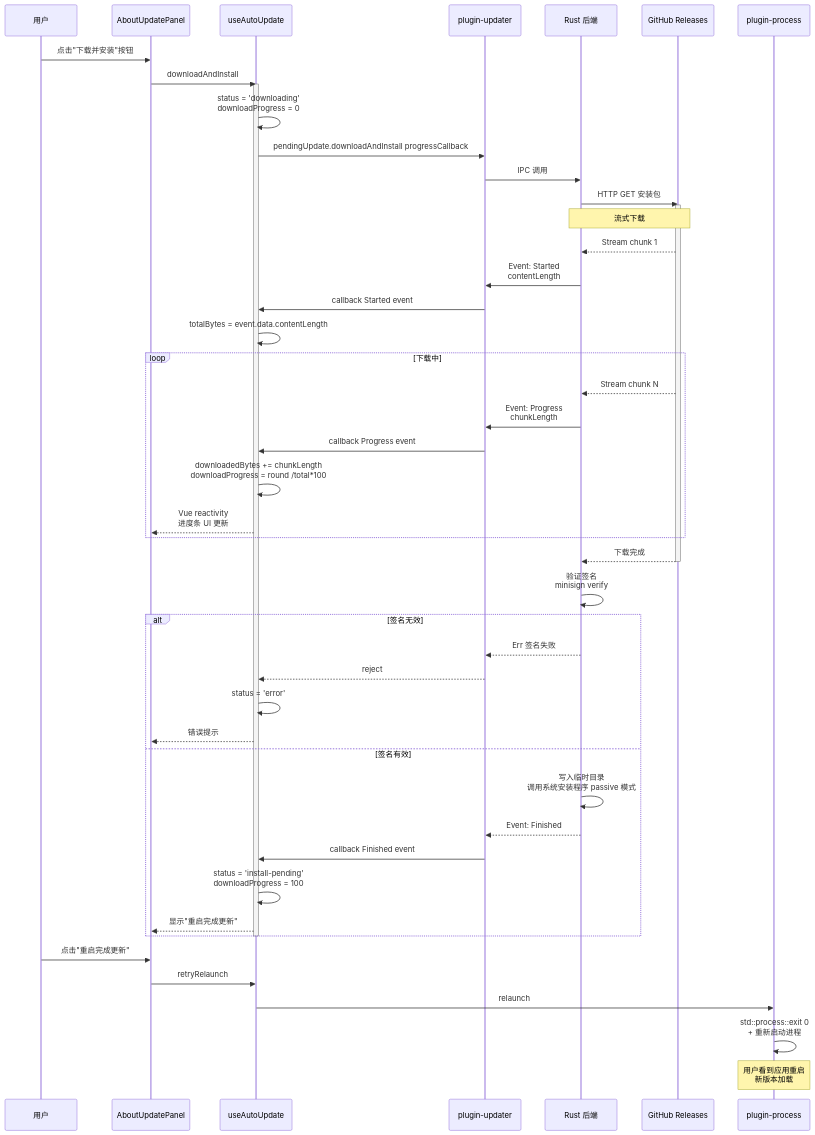
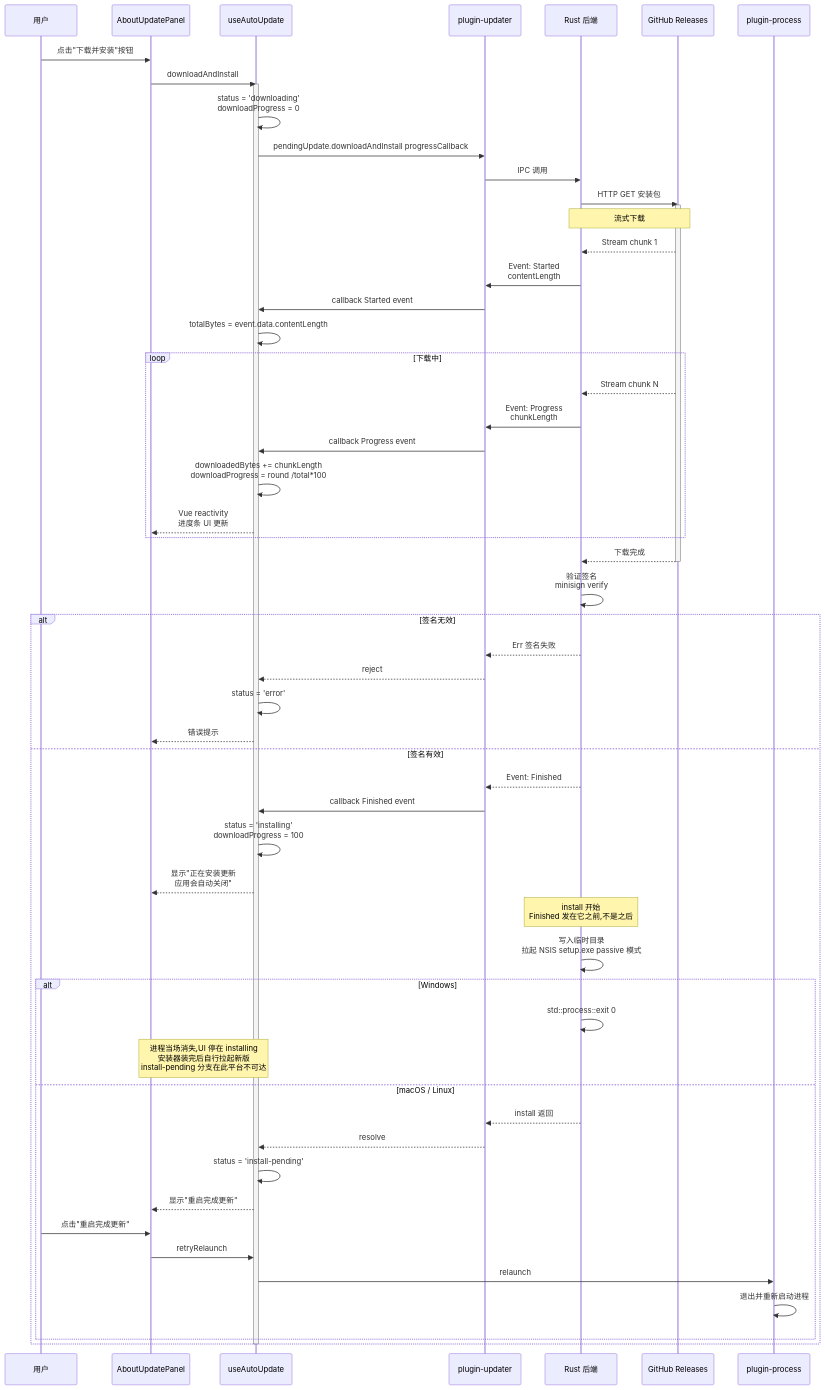
One commit to joeyliu6/PicNexus changed the second of 4 diagrams in docs/flows/auto-update-flow.md. Above: the diagram before and after it, drawn with Mermaid. The commit also changed other lines of this file and 1 other file, not shown here.

First line of the commit message:
docs(update): correct the install sequence and record the NSIS switch

````diff
--- a/docs/flows/auto-update-flow.md
+++ b/docs/flows/auto-update-flow.md
@@ -70,61 +71,71 @@
 ```mermaid
 sequenceDiagram
     participant U as 用户
     participant V as AboutUpdatePanel
     participant H as useAutoUpdate
     participant P as plugin-updater
     participant R as Rust 后端
     participant GH as GitHub Releases
     participant PR as plugin-process
 
     U->>V: 点击"下载并安装"按钮
     V->>H: downloadAndInstall
     activate H
 
     H->>H: status = 'downloading'<br/>downloadProgress = 0
 
     H->>P: pendingUpdate.downloadAndInstall progressCallback
     P->>R: IPC 调用
     R->>GH: HTTP GET 安装包
     activate GH
 
     Note over R,GH: 流式下载
 
     GH-->>R: Stream chunk 1
     R->>P: Event: Started<br/>contentLength
     P->>H: callback Started event
     H->>H: totalBytes = event.data.contentLength
 
     loop 下载中
         GH-->>R: Stream chunk N
         R->>P: Event: Progress<br/>chunkLength
         P->>H: callback Progress event
         H->>H: downloadedBytes += chunkLength<br/>downloadProgress = round /total*100
         H-->>V: Vue reactivity<br/>进度条 UI 更新
     end
 
     GH-->>R: 下载完成
     deactivate GH
     R->>R: 验证签名<br/>minisign verify
 
     alt 签名无效
         R-->>P: Err 签名失败
         P-->>H: reject
         H->>H: status = 'error'
         H-->>V: 错误提示
     else 签名有效
-        R->>R: 写入临时目录<br/>调用系统安装程序 passive 模式
         R-->>P: Event: Finished
         P->>H: callback Finished event
-        H->>H: status = 'install-pending'<br/>downloadProgress = 100
-        H-->>V: 显示"重启完成更新"
+        H->>H: status = 'installing'<br/>downloadProgress = 100
+        H-->>V: 显示"正在安装更新<br/>应用会自动关闭"
+
+        Note over R: install 开始<br/>Finished 发在它之前,不是之后
+        R->>R: 写入临时目录<br/>拉起 NSIS setup.exe passive 模式
+
+        alt Windows
+            R->>R: std::process::exit 0
+            Note over H,V: 进程当场消失,UI 停在 installing<br/>安装器装完后自行拉起新版<br/>install-pending 分支在此平台不可达
+        else macOS / Linux
+            R-->>P: install 返回
+            P-->>H: resolve
+            H->>H: status = 'install-pending'
+            H-->>V: 显示"重启完成更新"
+            U->>V: 点击"重启完成更新"
+            V->>H: retryRelaunch
+            H->>PR: relaunch
+            PR->>PR: 退出并重新启动进程
+        end
     end
 
     deactivate H
-
-    U->>V: 点击"重启完成更新"
-    V->>H: retryRelaunch
-    H->>PR: relaunch
-    PR->>PR: std::process::exit 0<br/>+ 重新启动进程
-    Note over PR: 用户看到应用重启<br/>新版本加载
 ```
````
